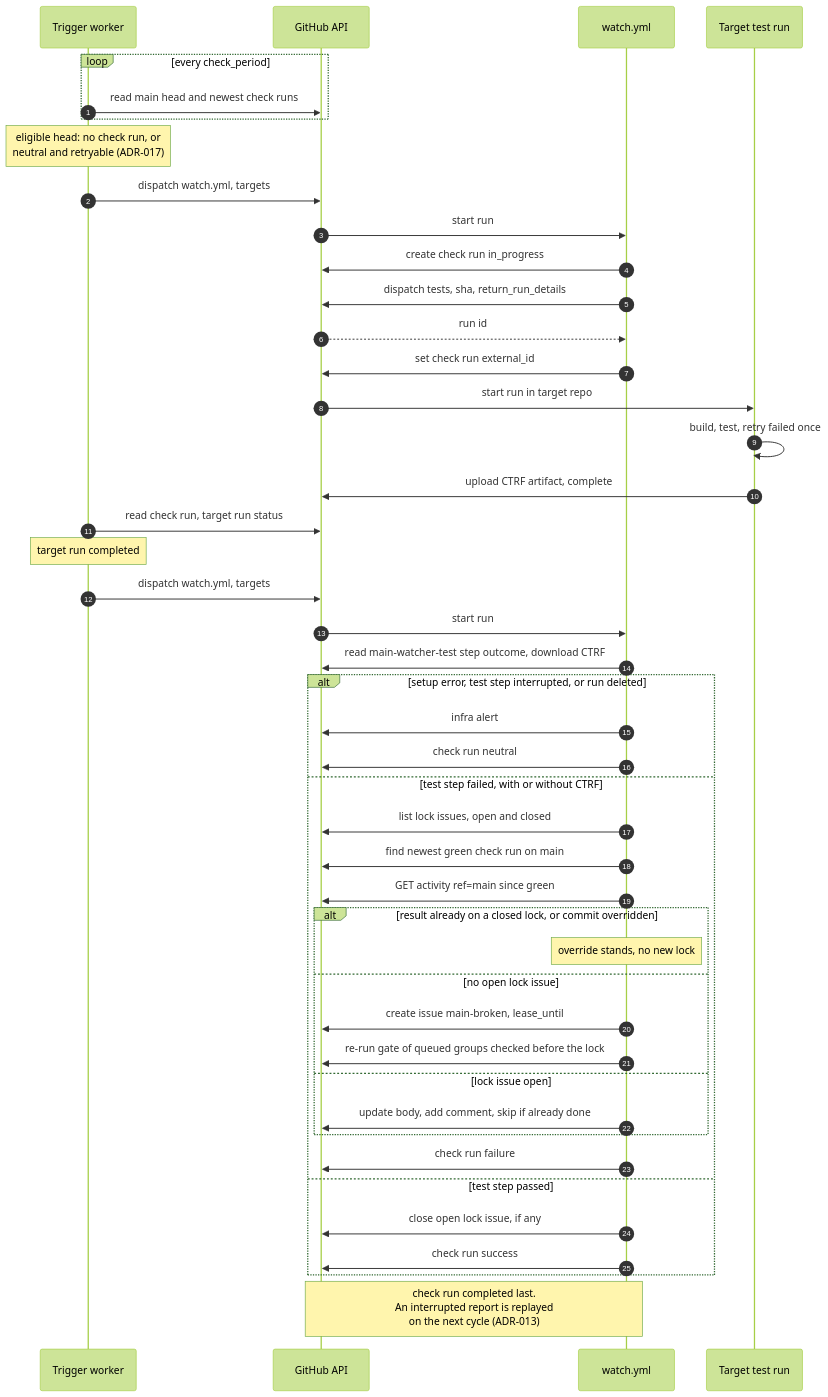
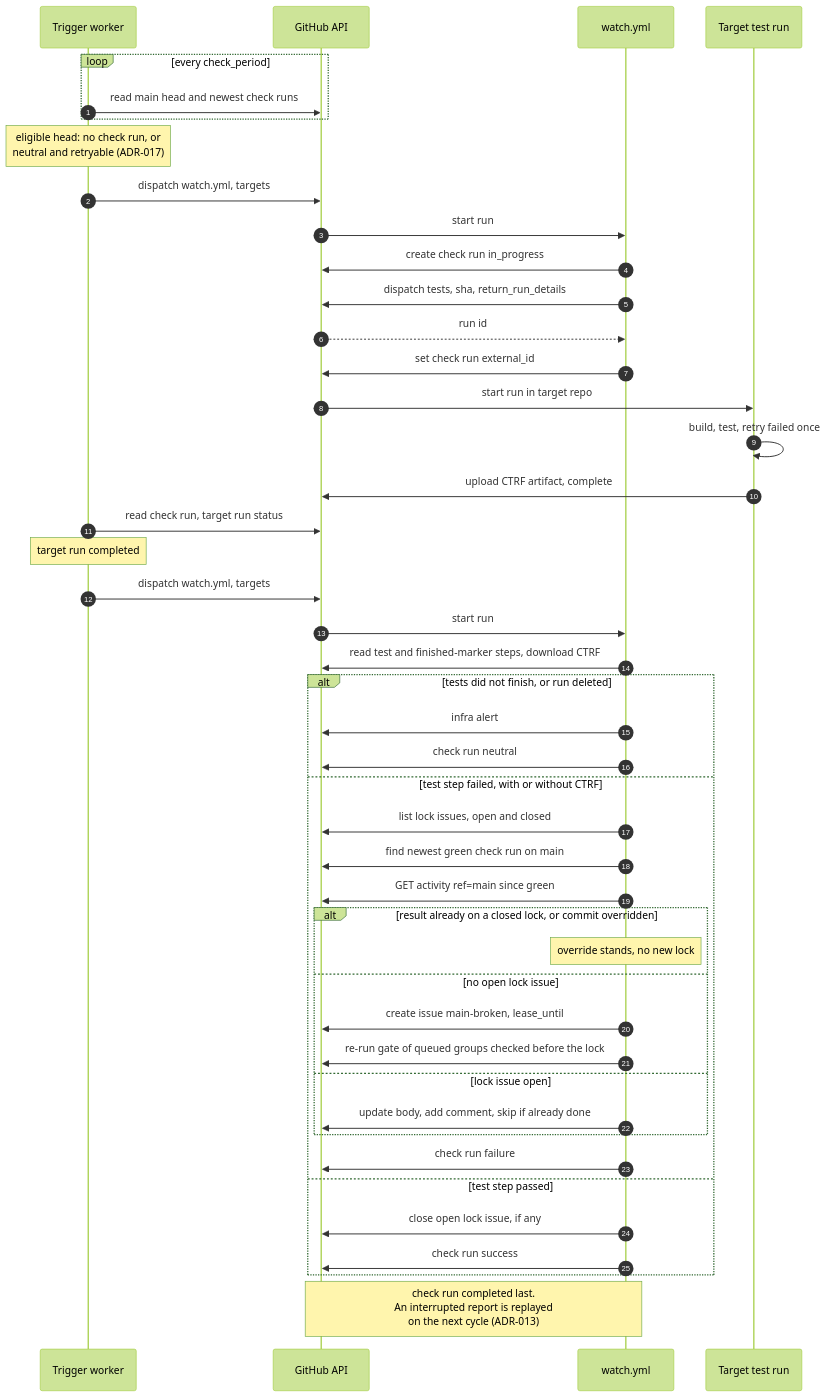
One commit to main-watcher-sandbox/main-watcher changed the third of 6 diagrams in docs/architecture/architecture.md. Above: the diagram before and after it, drawn with Mermaid (forest theme). The commit also changed other lines of this file and 5 other files, not shown here.

First line of the commit message:
Require proof that tests finished before trusting the test step

````diff
--- a/docs/architecture/architecture.md
+++ b/docs/architecture/architecture.md
@@ -246,49 +246,49 @@
 ```mermaid
 %% name: seq-failure-to-lock
 sequenceDiagram
     autonumber
     participant W as Trigger worker
     participant GH as GitHub API
     participant WA as watch.yml
     participant T as Target test run
 
     loop every check_period
         W->>GH: read main head and newest check runs
     end
     Note over W: eligible head: no check run, or<br/>neutral and retryable (ADR-017)
     W->>GH: dispatch watch.yml, targets
     GH->>WA: start run
     WA->>GH: create check run in_progress
     WA->>GH: dispatch tests, sha, return_run_details
     GH-->>WA: run id
     WA->>GH: set check run external_id
     GH->>T: start run in target repo
     T->>T: build, test, retry failed once
     T->>GH: upload CTRF artifact, complete
     W->>GH: read check run, target run status
     Note over W: target run completed
     W->>GH: dispatch watch.yml, targets
     GH->>WA: start run
-    WA->>GH: read main-watcher-test step outcome, download CTRF
-    alt setup error, test step interrupted, or run deleted
+    WA->>GH: read test and finished-marker steps, download CTRF
+    alt tests did not finish, or run deleted
         WA->>GH: infra alert
         WA->>GH: check run neutral
     else test step failed, with or without CTRF
         WA->>GH: list lock issues, open and closed
         WA->>GH: find newest green check run on main
         WA->>GH: GET activity ref=main since green
         alt result already on a closed lock, or commit overridden
             Note over WA: override stands, no new lock
         else no open lock issue
             WA->>GH: create issue main-broken, lease_until
             WA->>GH: re-run gate of queued groups checked before the lock
         else lock issue open
             WA->>GH: update body, add comment, skip if already done
         end
         WA->>GH: check run failure
     else test step passed
         WA->>GH: close open lock issue, if any
         WA->>GH: check run success
     end
     Note over WA,GH: check run completed last.<br/>An interrupted report is replayed<br/>on the next cycle (ADR-013)
 ```
````
